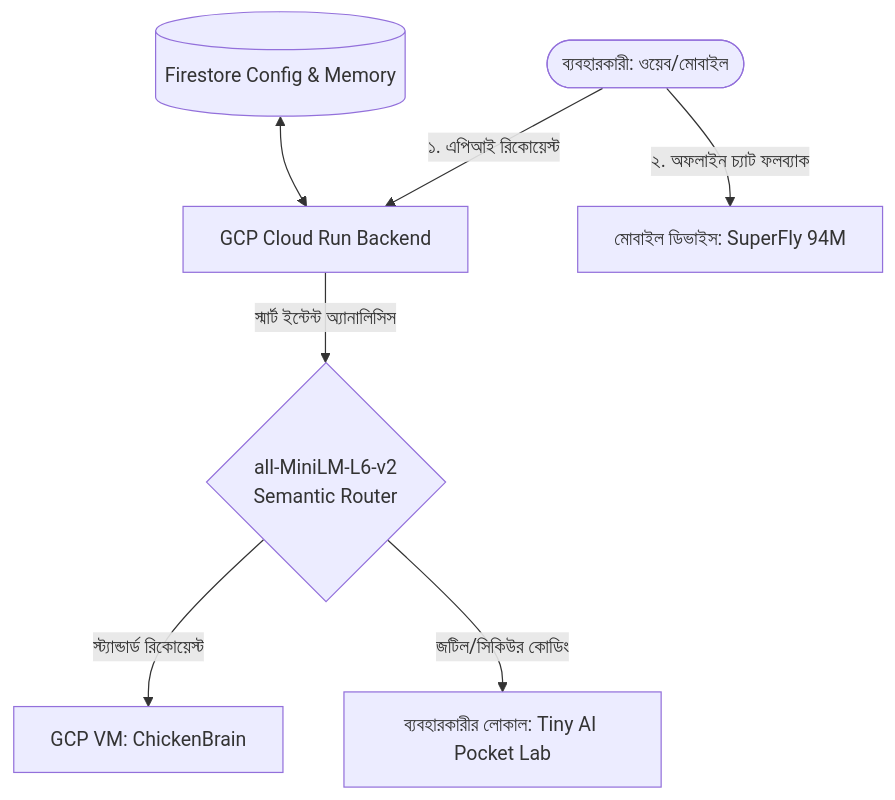
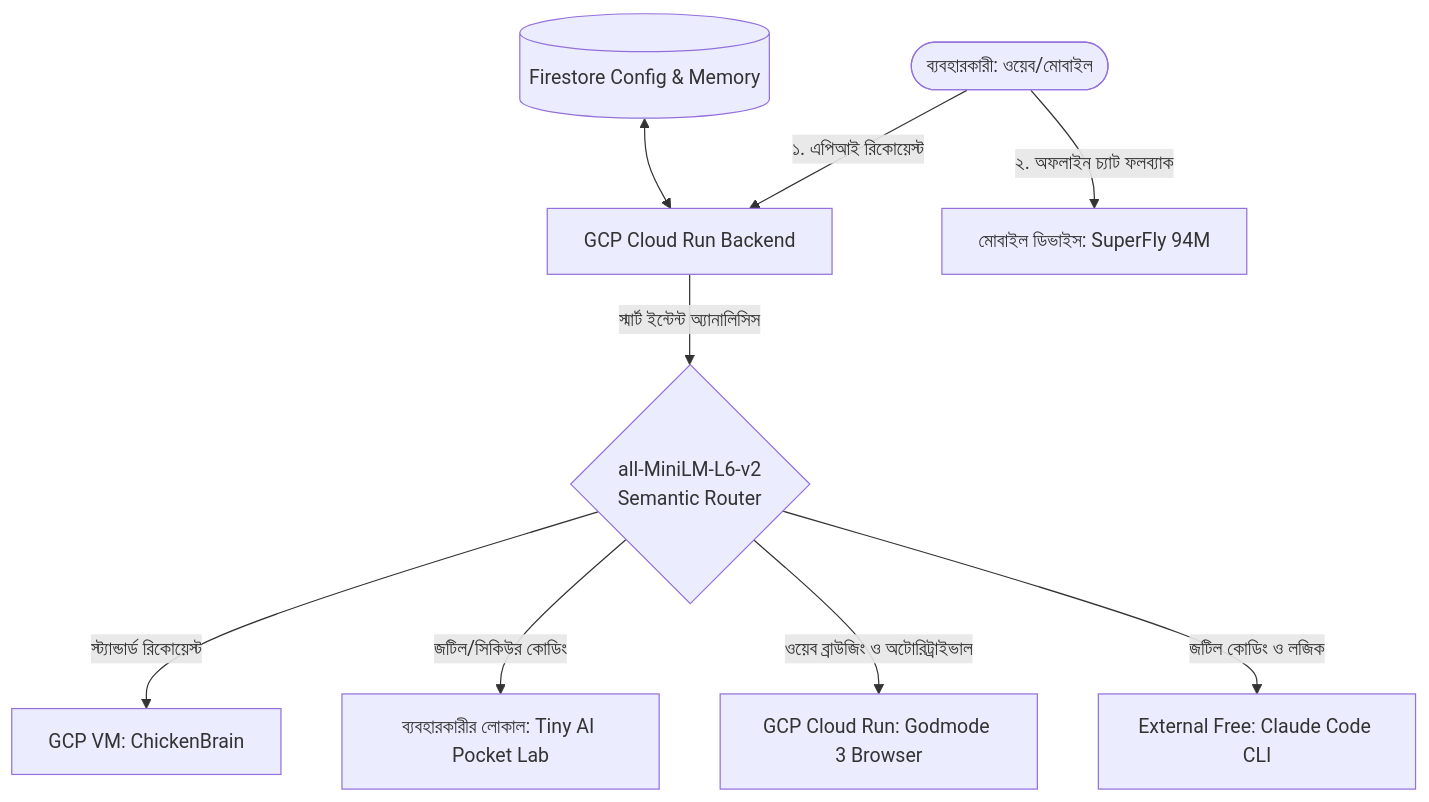
One commit to paykaribazaronline/supremeai changed the diagram in docs/01_Architecture/hybrid_nano_cloud_architecture.bn.md. Above: the diagram before and after it, drawn with Mermaid. The commit also changed other lines of this file and 118 other files, not shown here.

````diff
--- a/docs/01_Architecture/hybrid_nano_cloud_architecture.bn.md
+++ b/docs/01_Architecture/hybrid_nano_cloud_architecture.bn.md
@@ -16,11 +16,13 @@
 ```mermaid
 graph TD
     UserClient([ব্যবহারকারী: ওয়েব/মোবাইল]) -->|১. এপিআই রিকোয়েস্ট| CloudGate[GCP Cloud Run Backend]
     UserClient -->|২. অফলাইন চ্যাট ফলব্যাক| OnDeviceSuperFly[মোবাইল ডিভাইস: SuperFly 94M]
 
     CloudGate -->|স্মার্ট ইন্টেন্ট অ্যানালিসিস| SelectionRouter{all-MiniLM-L6-v2\nSemantic Router}
     SelectionRouter -->|স্ট্যান্ডার্ড রিকোয়েস্ট| CloudChickenBrain[GCP VM: ChickenBrain]
     SelectionRouter -->|জটিল/সিকিউর কোডিং| PocketLab[ব্যবহারকারীর লোকাল: Tiny AI Pocket Lab]
+    SelectionRouter -->|ওয়েব ব্রাউজিং ও অটোরিট্রাইভাল| GodmodeEngine[GCP Cloud Run: Godmode 3 Browser]
+    SelectionRouter -->|জটিল কোডিং ও লজিক| ClaudeCode[External Free: Claude Code CLI]
     
     FirestoreDB[(Firestore Config & Memory)] <--> CloudGate
 ```
````
